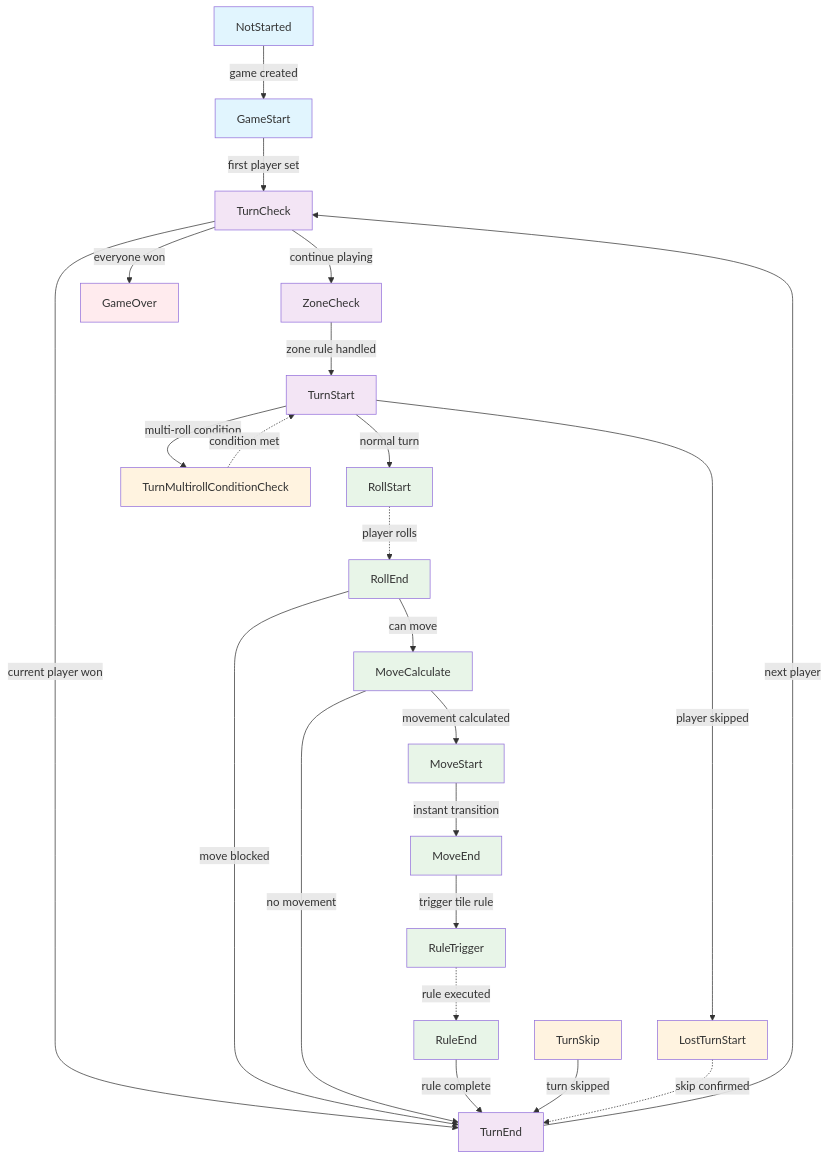
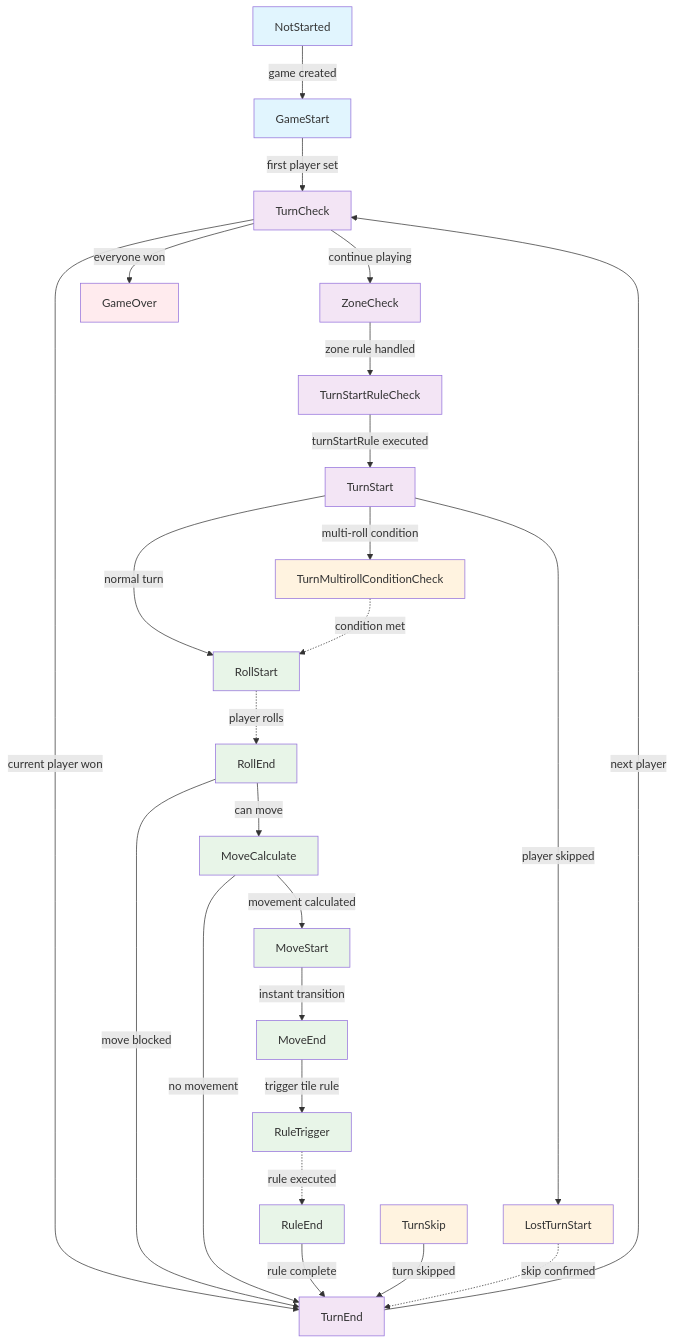
Before and after one commit to alexqguo/drinking-board-game-v3: the second of 2 diagrams in apps/docsite/docs/technical-overview.md, drawn with Mermaid. The commit also changed other lines of this file and 7 other files, not shown here.

Commit message:
Finish turn start rule implementation

````diff
--- a/apps/docsite/docs/technical-overview.md
+++ b/apps/docsite/docs/technical-overview.md
@@ -142,65 +143,67 @@
 ```mermaid
 graph TD
       %% Start States
       NotStarted[NotStarted]
       GameStart[GameStart]
 
       %% Main Flow States
       TurnCheck[TurnCheck]
       ZoneCheck[ZoneCheck]
+      TurnStartRuleCheck[TurnStartRuleCheck]
       TurnStart[TurnStart]
       RollStart[RollStart]
       RollEnd[RollEnd]
       MoveCalculate[MoveCalculate]
       MoveStart[MoveStart]
       MoveEnd[MoveEnd]
       RuleTrigger[RuleTrigger]
       RuleEnd[RuleEnd]
       TurnEnd[TurnEnd]
 
       %% Special States
 
   TurnMultirollConditionCheck[TurnMultirollConditionCheck]
       LostTurnStart[LostTurnStart]
       TurnSkip[TurnSkip]
       GameOver[GameOver]
 
       %% Main Flow with Labels
       NotStarted -->|game created| GameStart
       GameStart -->|first player set| TurnCheck
       TurnCheck -->|everyone won| GameOver
       TurnCheck -->|current player won| TurnEnd
       TurnCheck -->|continue playing| ZoneCheck
-      ZoneCheck -->|zone rule handled| TurnStart
+      ZoneCheck -->|zone rule handled| TurnStartRuleCheck
+      TurnStartRuleCheck -->|turnStartRule executed| TurnStart
       TurnStart -->|player skipped| LostTurnStart
       TurnStart -->|multi-roll condition|TurnMultirollConditionCheck
       TurnStart -->|normal turn| RollStart
       RollStart -.->|player rolls| RollEnd
       RollEnd -->|move blocked| TurnEnd
       RollEnd -->|can move| MoveCalculate
       MoveCalculate -->|no movement| TurnEnd
       MoveCalculate -->|movement calculated| MoveStart
       MoveStart -->|instant transition| MoveEnd
       MoveEnd -->|trigger tile rule| RuleTrigger
       RuleTrigger -.->|rule executed| RuleEnd
       RuleEnd -->|rule complete| TurnEnd
       TurnEnd -->|next player| TurnCheck
 
       %% Special Flows
       TurnSkip -->|turn skipped| TurnEnd
       LostTurnStart -.->|skip confirmed| TurnEnd
-      TurnMultirollConditionCheck -.->|condition met|TurnStart
+      TurnMultirollConditionCheck -.->|condition met|RollStart
 
       %% Styling
       classDef startState fill:#e1f5fe
       classDef endState fill:#ffebee
       classDef mainFlow fill:#f3e5f5
       classDef specialState fill:#fff3e0
       classDef actionState fill:#e8f5e8
 
       class NotStarted,GameStart startState
       class GameOver endState
-      class TurnCheck,ZoneCheck,TurnStart,TurnEnd mainFlow
+      class TurnCheck,ZoneCheck,TurnStartRuleCheck,TurnStart,TurnEnd mainFlow
       class TurnMultirollConditionCheck,LostTurnStart,TurnSkip specialState
       class RollStart,RollEnd,MoveCalculate,MoveStart,MoveEnd,RuleTrigger,RuleEnd actionState
 ```
````
